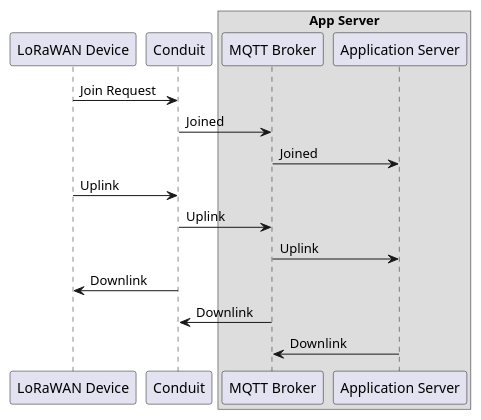
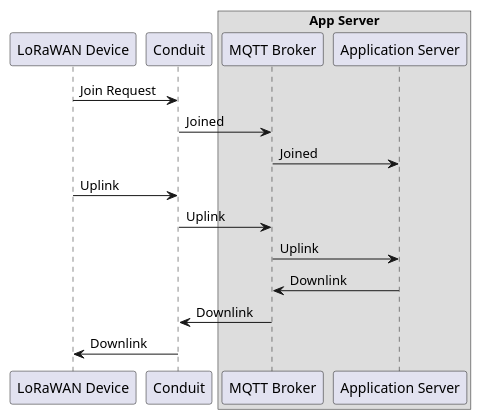
Before and after one commit to MultiTechSystems/lorawan-app-connect: the diagram in python-mqtt-service/network-diagram.wsd, drawn with PlantUML. The commit also changed 5 other files, not shown here.

```diff
--- a/python-mqtt-service/network-diagram.wsd
+++ b/python-mqtt-service/network-diagram.wsd
@@ -1,23 +1,25 @@
-@startuml
+@startuml "network-diagram"
 
 participant "LoRaWAN Device"
 participant "Conduit"
 
 box "App Server"
 participant "MQTT Broker"
 participant "Application Server"
 
 end box
 
 "LoRaWAN Device" -> Conduit : Join Request
 Conduit -> "MQTT Broker" : Joined
 "MQTT Broker" -> "Application Server" : Joined
 
 "LoRaWAN Device" -> Conduit : Uplink
 Conduit -> "MQTT Broker" : Uplink
 "MQTT Broker" -> "Application Server" : Uplink
 
+
+"MQTT Broker" <- "Application Server" : Downlink
+Conduit <- "MQTT Broker" : Downlink
 "LoRaWAN Device" <- Conduit : Downlink
-Conduit <- "MQTT Broker" : Downlink
-"MQTT Broker" <- "Application Server" : Downlink
+
 @enduml
```
